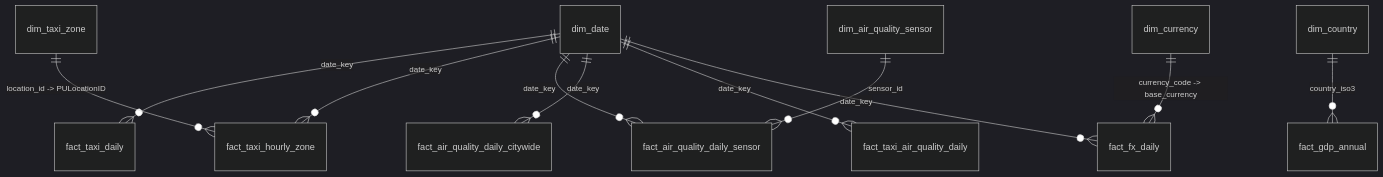
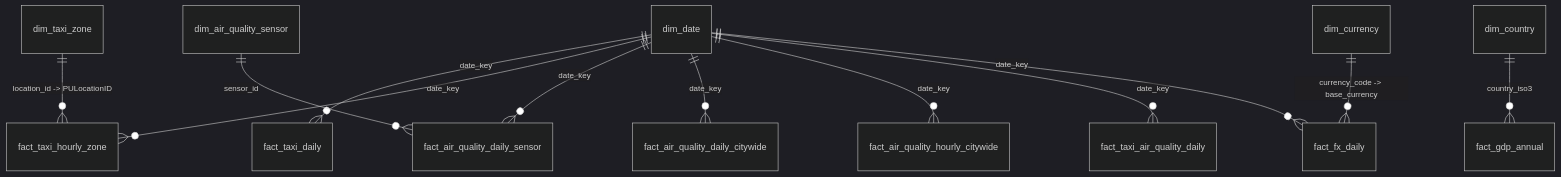
Before and after one commit to israfil-miya/fabric: the diagram in docs/powerbi_semantic_model_and_reports.md, drawn with Mermaid (dark theme). The commit also changed other lines of this file and 5 other files, not shown here.

````diff
--- a/docs/powerbi_semantic_model_and_reports.md
+++ b/docs/powerbi_semantic_model_and_reports.md
@@ -7,14 +7,15 @@
 ```mermaid
 erDiagram
     dim_date ||--o{ fact_taxi_daily : "date_key"
     dim_date ||--o{ fact_taxi_hourly_zone : "date_key"
     dim_date ||--o{ fact_air_quality_daily_sensor : "date_key"
     dim_date ||--o{ fact_air_quality_daily_citywide : "date_key"
+    dim_date ||--o{ fact_air_quality_hourly_citywide : "date_key"
     dim_date ||--o{ fact_taxi_air_quality_daily : "date_key"
     dim_date ||--o{ fact_fx_daily : "date_key"
 
     dim_taxi_zone ||--o{ fact_taxi_hourly_zone : "location_id -> PULocationID"
     dim_air_quality_sensor ||--o{ fact_air_quality_daily_sensor : "sensor_id"
     dim_currency ||--o{ fact_fx_daily : "currency_code -> base_currency"
     dim_country ||--o{ fact_gdp_annual : "country_iso3"
 ```
````
